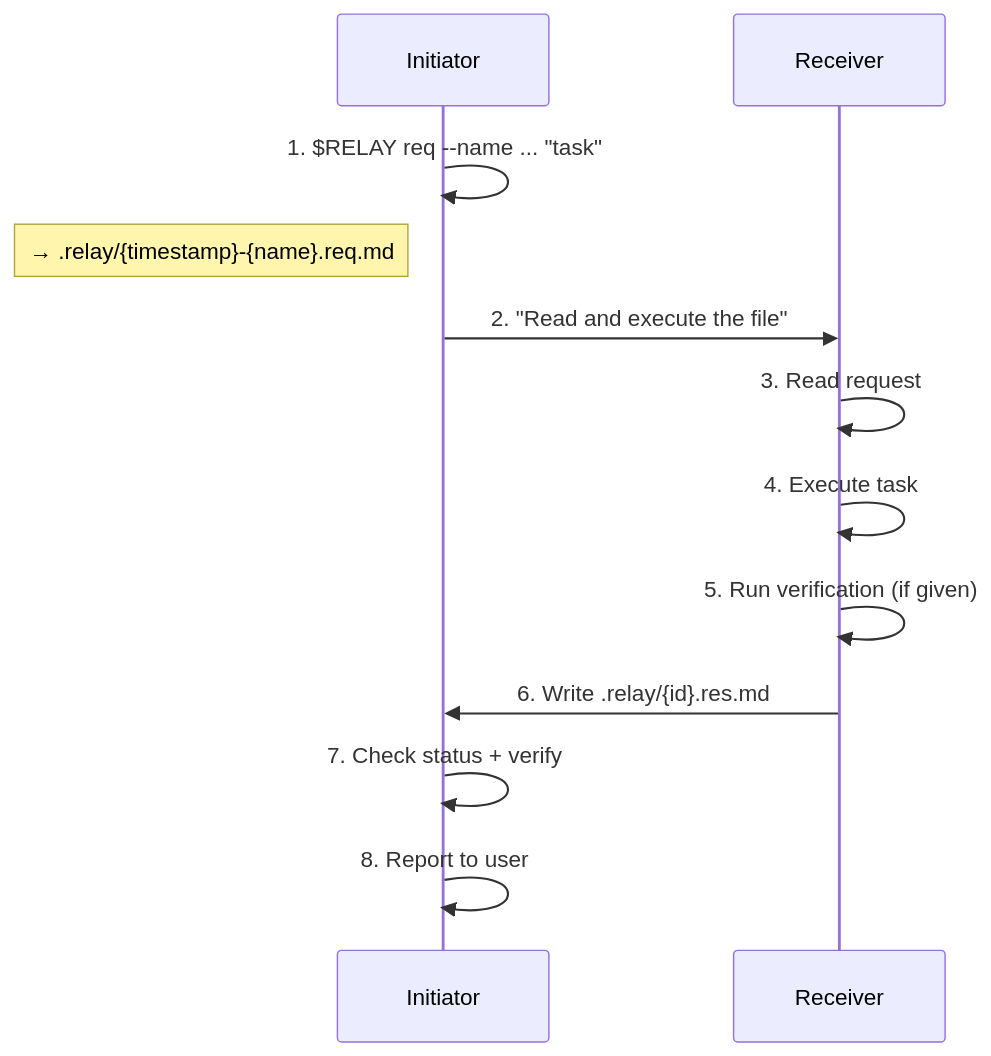
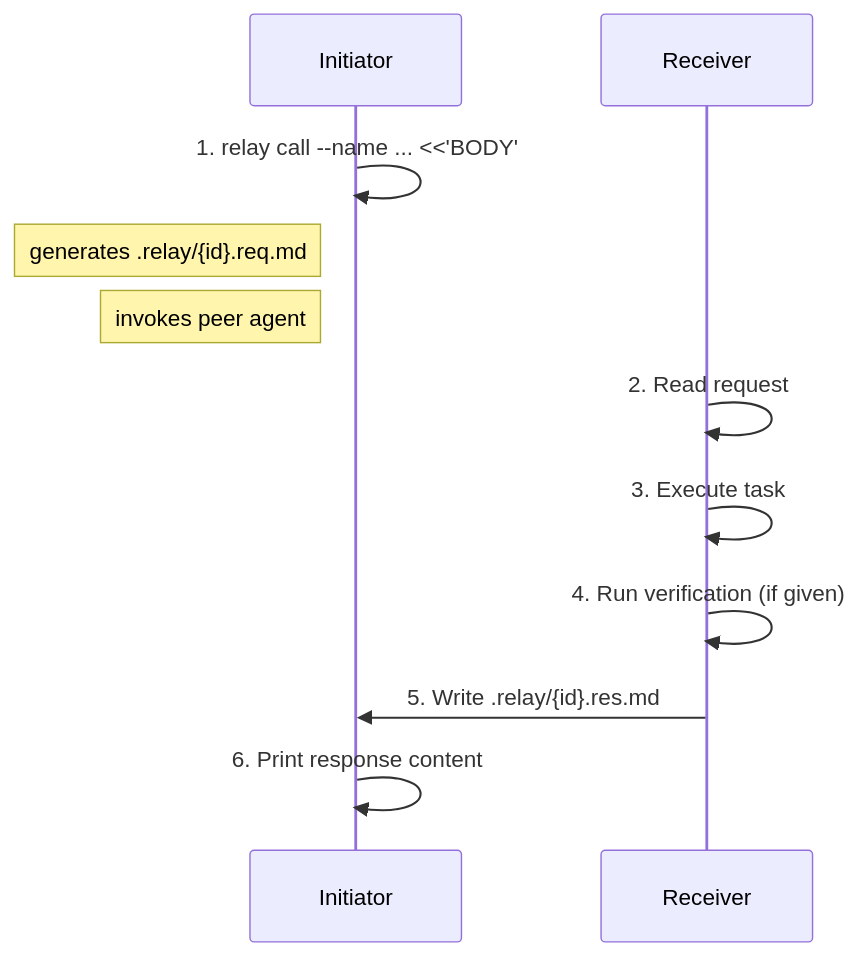
One commit to chrisliu298/relay changed the diagram in README.md. Above: the diagram before and after it, drawn with Mermaid. The commit also changed other lines of this file and 1 other file, not shown here.

Commit message:
Update READMEs to reflect relay call, effort frontmatter, and low-level commands

````diff
--- a/README.md
+++ b/README.md
@@ -74,15 +76,14 @@
 ```mermaid
 sequenceDiagram
     participant I as Initiator
     participant R as Receiver
 
-    I->>I: 1. $RELAY req --name ... "task"
-    Note left of I: → .relay/{timestamp}-{name}.req.md
-    I->>R: 2. "Read and execute the file"
-    R->>R: 3. Read request
-    R->>R: 4. Execute task
-    R->>R: 5. Run verification (if given)
-    R->>I: 6. Write .relay/{id}.res.md
-    I->>I: 7. Check status + verify
-    I->>I: 8. Report to user
+    I->>I: 1. relay call --name ... <<'BODY'
+    Note left of I: generates .relay/{id}.req.md
+    Note left of I: invokes peer agent
+    R->>R: 2. Read request
+    R->>R: 3. Execute task
+    R->>R: 4. Run verification (if given)
+    R->>I: 5. Write .relay/{id}.res.md
+    I->>I: 6. Print response content
 ```
````
